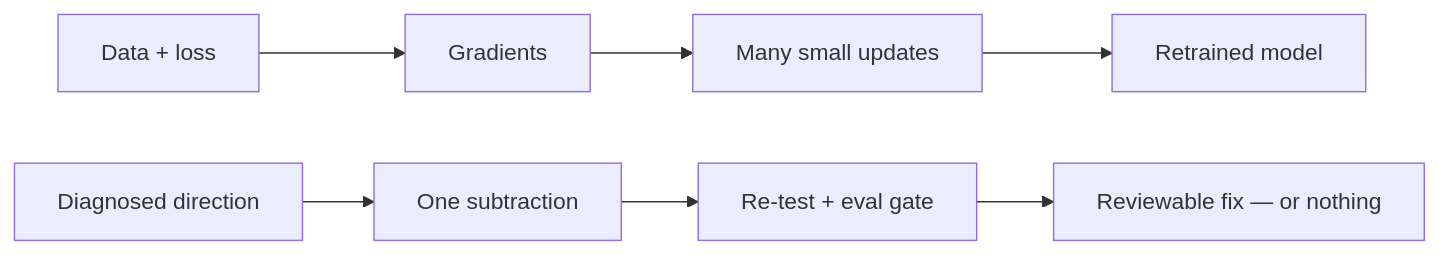
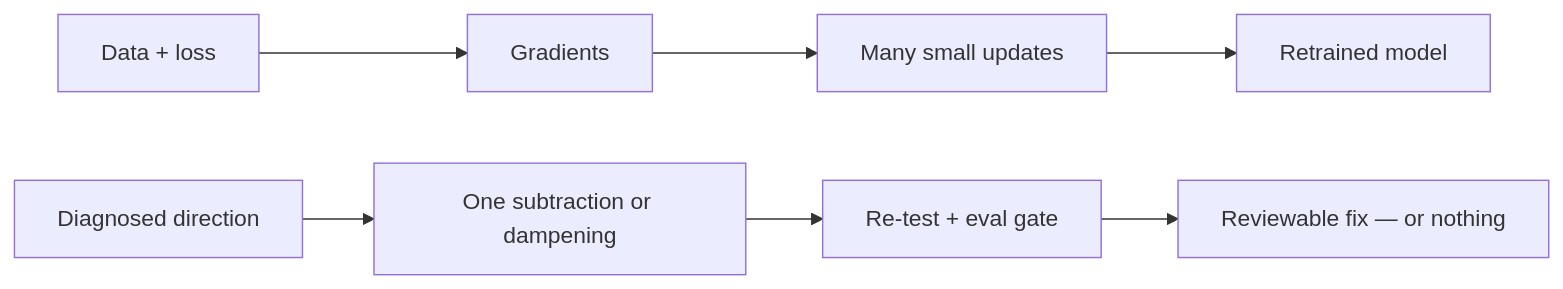
The second of 2 diagrams in README.md (AuremHQ/weight-space-programming), drawn with Mermaid before and after one commit. The commit also changed other lines of this file and 3 other files, not shown here.

````diff
--- a/README.md
+++ b/README.md
@@ -107,5 +108,5 @@
 ```mermaid
 flowchart LR
     G[Data + loss] --> H[Gradients] --> I[Many small updates] --> J[Retrained model]
-    K[Diagnosed direction] --> L[One subtraction] --> M[Re-test + eval gate] --> N[Reviewable fix — or nothing]
+    K[Diagnosed direction] --> L[One subtraction or dampening] --> M[Re-test + eval gate] --> N[Reviewable fix — or nothing]
 ```
````
